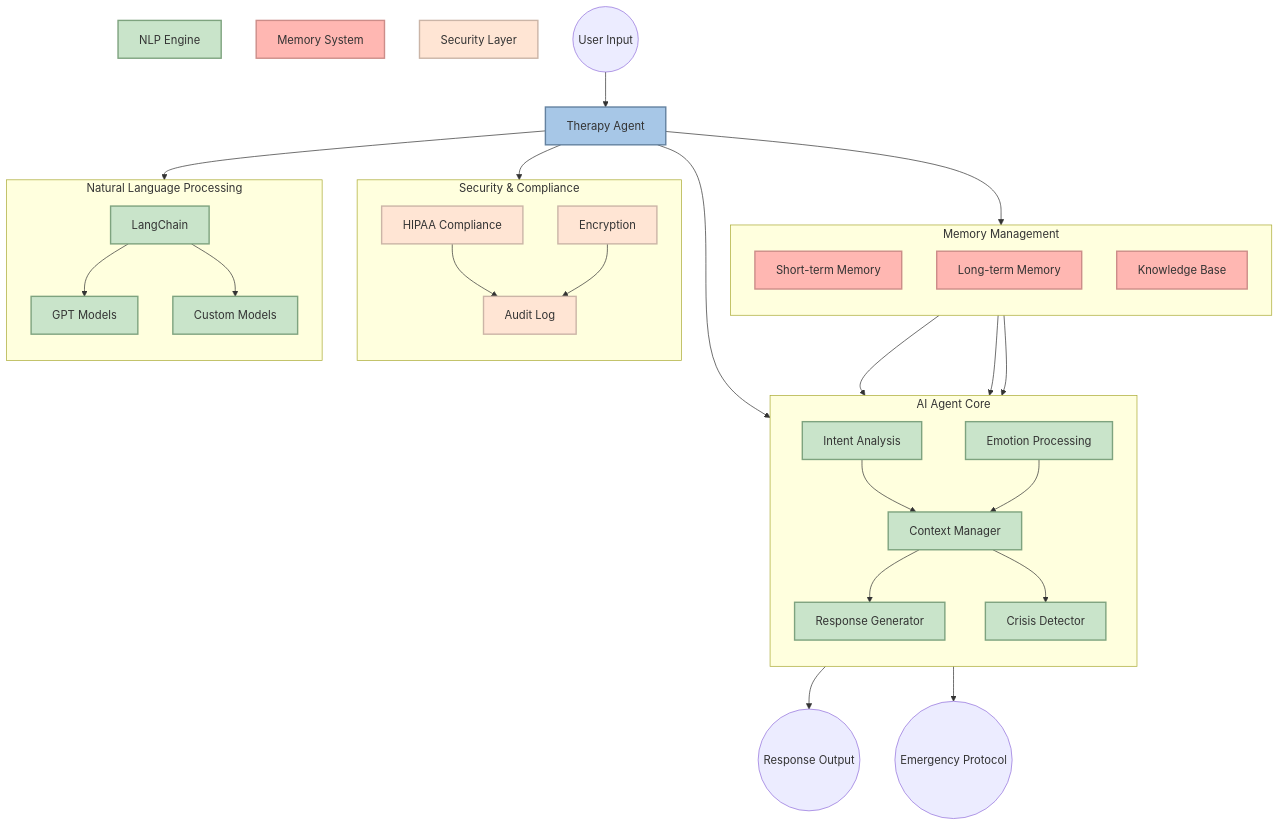
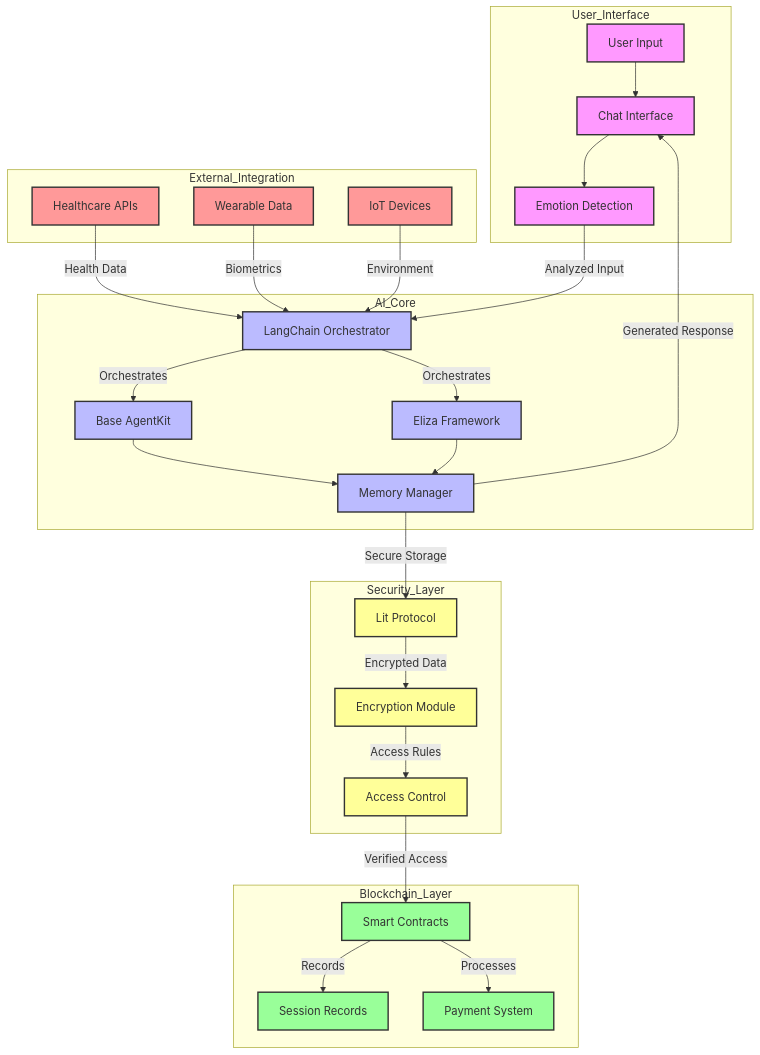
The diagram in README.md (blocklinklabs/aura3.0), drawn with Mermaid before and after one commit. The commit also changed other lines of this file and 1 other file, not shown here.

Commit message:
feat: Improve architecture docs & Next.js config

````diff
--- a/README.md
+++ b/README.md
@@ -354,75 +332,69 @@
 ```mermaid
-graph TB
-    %% Style definitions
-    classDef agent fill:#a7c7e7,stroke:#6482a0,stroke-width:2px
-    classDef process fill:#c9e4ca,stroke:#7ea37f,stroke-width:2px
-    classDef data fill:#ffb7b2,stroke:#cc8d89,stroke-width:2px
-    classDef security fill:#ffe5d4,stroke:#cbb5a7,stroke-width:2px
-
-    %% Main AI Agent Components
-    Agent[Therapy Agent]:::agent
-    NLP[NLP Engine]:::process
-    Memory[Memory System]:::data
-    Security[Security Layer]:::security
-
-    %% Subcomponents
-    subgraph AgentCore[AI Agent Core]
-        direction TB
-        Intent[Intent Analysis]:::process
-        Emotion[Emotion Processing]:::process
-        Context[Context Manager]:::process
-        Response[Response Generator]:::process
-        Crisis[Crisis Detector]:::process
+graph TD
+    subgraph User_Interface
+        A[User Input] --> B[Chat Interface]
+        B --> C[Emotion Detection]
     end
 
-    subgraph MemorySystem[Memory Management]
-        direction TB
-        STM[Short-term Memory]:::data
-        LTM[Long-term Memory]:::data
-        KB[Knowledge Base]:::data
+    subgraph AI_Core
+        D[LangChain Orchestrator]
+        E[Base AgentKit]
+        F[Eliza Framework]
+        G[Memory Manager]
     end
 
-    subgraph SecurityLayer[Security & Compliance]
-        direction TB
-        HIPAA[HIPAA Compliance]:::security
-        Encrypt[Encryption]:::security
-        Audit[Audit Log]:::security
+    subgraph Security_Layer
+        H[Lit Protocol]
+        I[Encryption Module]
+        J[Access Control]
     end
 
-    subgraph NLPSystem[Natural Language Processing]
-        direction TB
-        LangChain[LangChain]:::process
-        GPT[GPT Models]:::process
-        CustomModels[Custom Models]:::process
+    subgraph Blockchain_Layer
+        K[Smart Contracts]
+        L[Session Records]
+        M[Payment System]
     end
 
-    %% Connections
-    User((User Input)) --> Agent
-    Agent --> AgentCore
+    subgraph External_Integration
+        N[Healthcare APIs]
+        O[Wearable Data]
+        P[IoT Devices]
+    end
 
-    %% NLP Connections
-    Agent --> NLPSystem
-    LangChain --> GPT
-    LangChain --> CustomModels
+    %% Core Flow
+    C -->|Analyzed Input| D
+    D -->|Orchestrates| E
+    D -->|Orchestrates| F
+    E --> G
+    F --> G
+    G -->|Secure Storage| H
 
-    %% Core Processing
-    Intent --> Context
-    Emotion --> Context
-    Context --> Response
-    Context --> Crisis
+    %% Security Flow
+    H -->|Encrypted Data| I
+    I -->|Access Rules| J
+    J -->|Verified Access| K
 
-    %% Memory Connections
-    Agent --> MemorySystem
-    STM --> Context
-    LTM --> Context
-    KB --> Response
+    %% Blockchain Integration
+    K -->|Records| L
+    K -->|Processes| M
 
-    %% Security Integration
-    Agent --> SecurityLayer
-    HIPAA --> Audit
-    Encrypt --> Audit
+    %% External Data Flow
+    N -->|Health Data| D
+    O -->|Biometrics| D
+    P -->|Environment| D
 
-    %% Output Flow
-    Response --> Output((Response Output))
-    Crisis --> Emergency((Emergency Protocol))
+    %% Response Flow
+    G -->|Generated Response| B
+
+    classDef primary fill:#f9f,stroke:#333,stroke-width:2px
+    classDef secondary fill:#bbf,stroke:#333,stroke-width:2px
+    classDef security fill:#ff9,stroke:#333,stroke-width:2px
+    classDef blockchain fill:#9f9,stroke:#333,stroke-width:2px
+    classDef external fill:#f99,stroke:#333,stroke-width:2px
+
+    class A,B,C primary
+    class D,E,F,G secondary
+    class H,I,J security
+    class K,L,M blockchain
+    class N,O,P external
 ```
````
